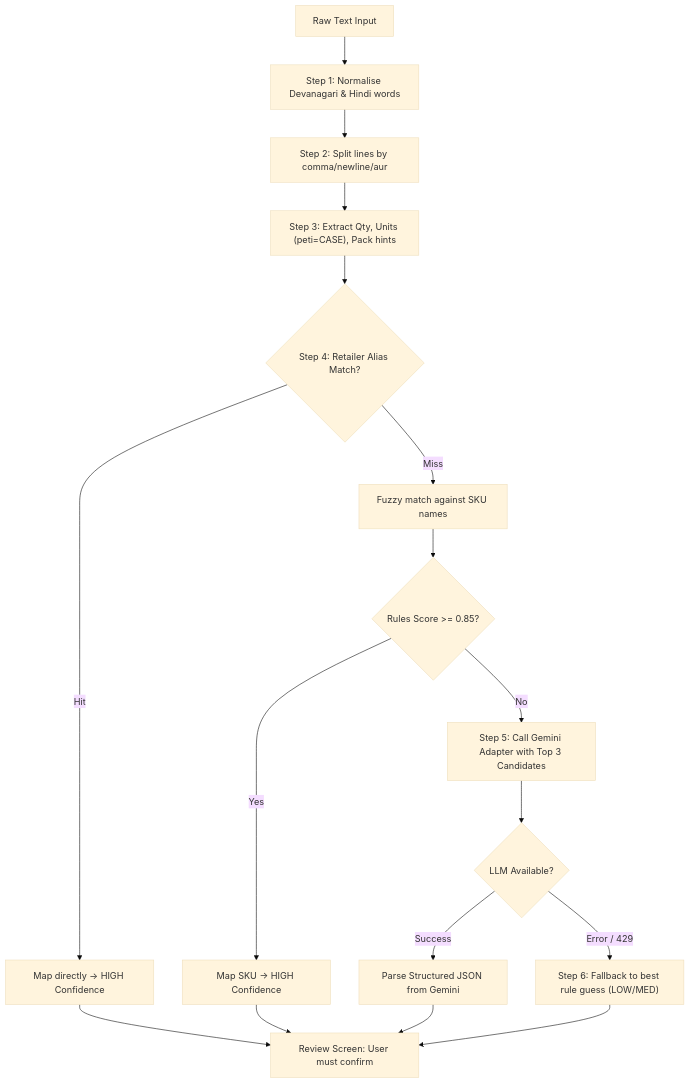
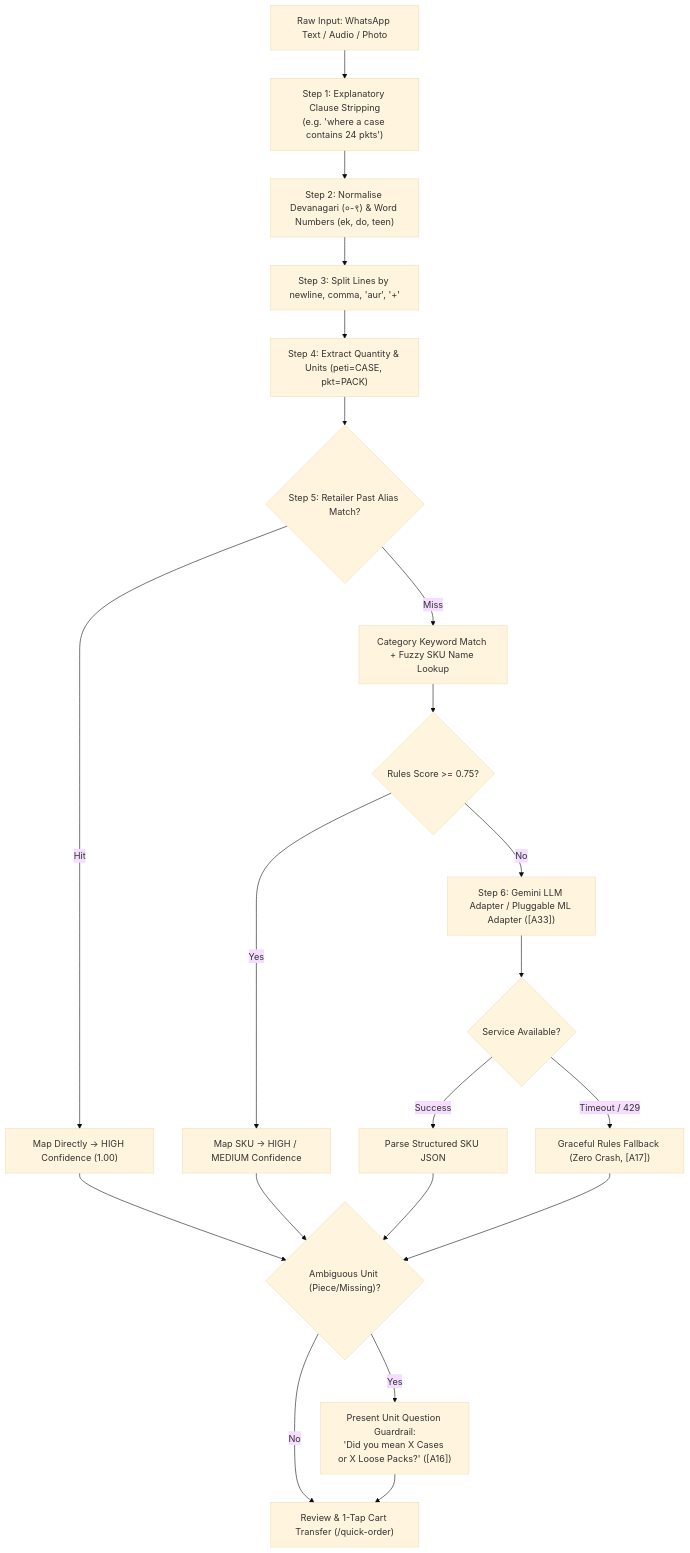
One commit to manva-niso/Distributor-Order-Management-System changed the second of 11 diagrams in PS4_Distributor_Complete_Flow_And_Architecture.md. Above: the diagram before and after it, drawn with Mermaid (base theme). The commit also changed other lines of this file and 31 other files, not shown here.

````diff
--- a/PS4_Distributor_Complete_Flow_And_Architecture.md
+++ b/PS4_Distributor_Complete_Flow_And_Architecture.md
@@ -637,23 +756,28 @@
 ```mermaid
 flowchart TD
-    Raw["Raw Text Input"] --> Normalise["Step 1: Normalise Devanagari & Hindi words"]
-    Normalise --> Split["Step 2: Split lines by comma/newline/aur"]
-    Split --> Extract["Step 3: Extract Qty, Units (peti=CASE), Pack hints"]
-    Extract --> AliasCheck{"Step 4: Retailer Alias Match?"}
+    Raw["Raw Input: WhatsApp Text / Audio / Photo"] --> PreProc["Step 1: Explanatory Clause Stripping<br>(e.g. 'where a case contains 24 pkts')"]
+    PreProc --> Normalise["Step 2: Normalise Devanagari (०-९) & Word Numbers (ek, do, teen)"]
+    Normalise --> Split["Step 3: Split Lines by newline, comma, 'aur', '+'"]
+    Split --> Extract["Step 4: Extract Quantity & Units (peti=CASE, pkt=PACK)"]
+    Extract --> AliasCheck{"Step 5: Retailer Past Alias Match?"}
     
-    AliasCheck -->|Hit| HighConf["Map directly -> HIGH Confidence"]
-    AliasCheck -->|Miss| Fuzzy["Fuzzy match against SKU names"]
+    AliasCheck -->|Hit| HighConf["Map Directly -> HIGH Confidence (1.00)"]
+    AliasCheck -->|Miss| Fuzzy["Category Keyword Match + Fuzzy SKU Name Lookup"]
     
-    Fuzzy --> ConfCheck{"Rules Score >= 0.85?"}
-    ConfCheck -->|Yes| RuleHigh["Map SKU -> HIGH Confidence"]
-    ConfCheck -->|No| LLMCall["Step 5: Call Gemini Adapter with Top 3 Candidates"]
+    Fuzzy --> ConfCheck{"Rules Score >= 0.75?"}
+    ConfCheck -->|Yes| RuleHigh["Map SKU -> HIGH / MEDIUM Confidence"]
+    ConfCheck -->|No| LLMCall["Step 6: Gemini LLM Adapter / Pluggable ML Adapter ([A33])"]
     
-    LLMCall --> LLMSuccess{"LLM Available?"}
-    LLMSuccess -->|Success| LLMParse["Parse Structured JSON from Gemini"]
-    LLMSuccess -->|Error / 429| Fallback["Step 6: Fallback to best rule guess (LOW/MED)"]
+    LLMCall --> LLMSuccess{"Service Available?"}
+    LLMSuccess -->|Success| LLMParse["Parse Structured SKU JSON"]
+    LLMSuccess -->|Timeout / 429| Fallback["Graceful Rules Fallback (Zero Crash, [A17])"]
     
-    HighConf --> Review["Review Screen: User must confirm"]
-    RuleHigh --> Review
-    LLMParse --> Review
-    Fallback --> Review
+    HighConf --> Disambig{"Ambiguous Unit (Piece/Missing)?"}
+    RuleHigh --> Disambig
+    LLMParse --> Disambig
+    Fallback --> Disambig
+    
+    Disambig -->|Yes| UnitModal["Present Unit Question Guardrail:<br>'Did you mean X Cases or X Loose Packs?' ([A16])"]
+    Disambig -->|No| Review["Review & 1-Tap Cart Transfer (/quick-order)"]
+    UnitModal --> Review
 ```
````
